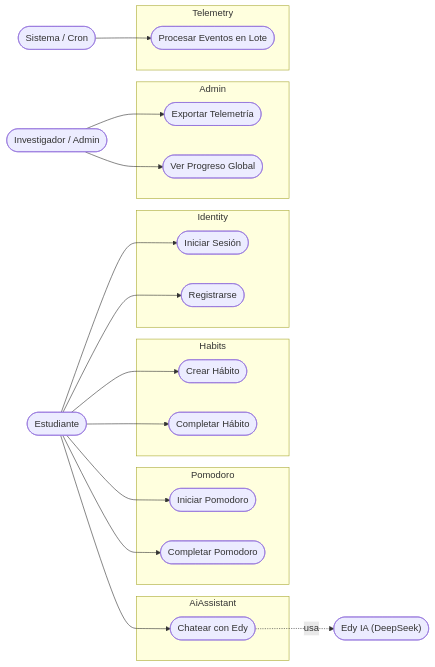
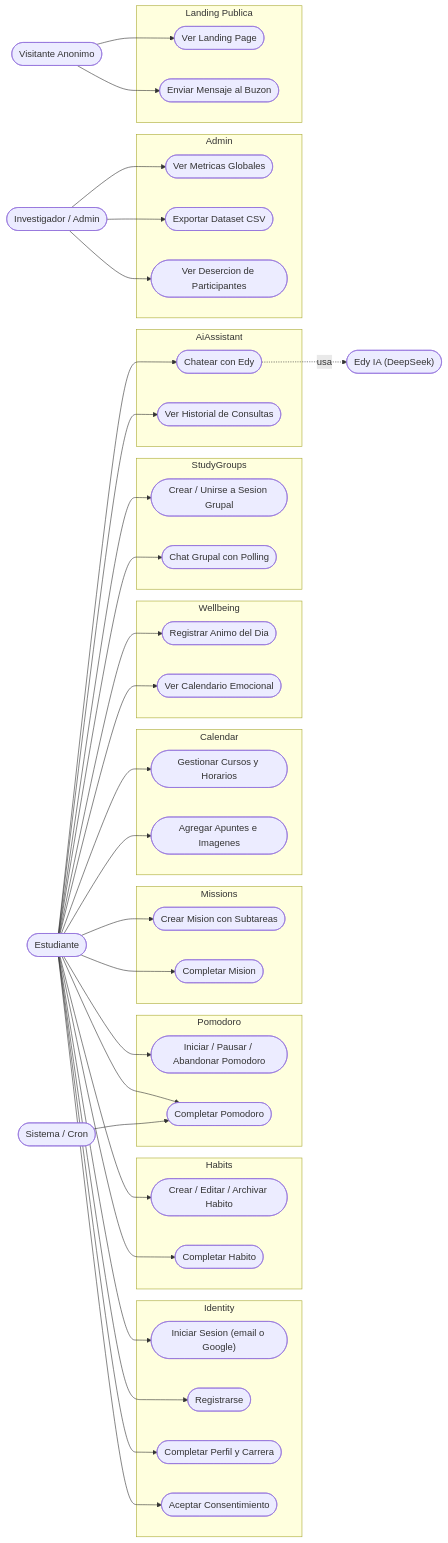
One commit to Chester0802/EpycusApp changed the fifth of 11 diagrams in docs/00-ARQUITECTURA.md. Above: the diagram before and after it, drawn with Mermaid. The commit also changed other lines of this file and 101 other files, not shown here.

````diff
--- a/docs/00-ARQUITECTURA.md
+++ b/docs/00-ARQUITECTURA.md
@@ -686,44 +561,84 @@
     Admin(["Investigador / Admin"])
     Cron(["Sistema / Cron"])
     IA(["Edy IA (DeepSeek)"])
+    Visitante(["Visitante Anonimo"])
 
     subgraph Identity
-        uc1([Iniciar Sesión])
-        uc2([Registrarse])
+        uc1(["Iniciar Sesion (email o Google)"])
+        uc2(["Registrarse"])
+        uc3(["Completar Perfil y Carrera"])
+        uc4(["Aceptar Consentimiento"])
     end
 
     subgraph Habits
-        uc3([Crear Hábito])
-        uc4([Completar Hábito])
+        uc5(["Crear / Editar / Archivar Habito"])
+        uc6(["Completar Habito"])
     end
-    
+
     subgraph Pomodoro
-        uc5([Iniciar Pomodoro])
-        uc6([Completar Pomodoro])
+        uc7(["Iniciar / Pausar / Abandonar Pomodoro"])
+        uc8(["Completar Pomodoro"])
+    end
+
+    subgraph Missions
+        uc9(["Crear Mision con Subtareas"])
+        uc10(["Completar Mision"])
+    end
+
+    subgraph Calendar_Mod["Calendar"]
+        uc11(["Gestionar Cursos y Horarios"])
+        uc12(["Agregar Apuntes e Imagenes"])
+    end
+
+    subgraph Wellbeing
+        uc13(["Registrar Animo del Dia"])
+        uc14(["Ver Calendario Emocional"])
+    end
+
+    subgraph StudyGroups
+        uc15(["Crear / Unirse a Sesion Grupal"])
+        uc16(["Chat Grupal con Polling"])
+    end
+
+    subgraph AiAssistant_Mod["AiAssistant"]
+        uc17(["Chatear con Edy"])
+        uc18(["Ver Historial de Consultas"])
     end
 
     subgraph Admin_Module["Admin"]
-        uc7([Exportar Telemetría])
-        uc8([Ver Progreso Global])
+        uc19(["Ver Metricas Globales"])
+        uc20(["Exportar Dataset CSV"])
+        uc21(["Ver Desercion de Participantes"])
     end
 
-    subgraph Telemetry
-        uc10([Procesar Eventos en Lote])
+    subgraph Landing["Landing Publica"]
+        uc22(["Ver Landing Page"])
+        uc23(["Enviar Mensaje al Buzon"])
     end
 
-    subgraph AiAssistant
-        uc9([Chatear con Edy])
-    end
-
+    Visitante --> uc22
+    Visitante --> uc23
     Estudiante --> uc1
     Estudiante --> uc2
     Estudiante --> uc3
     Estudiante --> uc4
     Estudiante --> uc5
     Estudiante --> uc6
+    Estudiante --> uc7
+    Estudiante --> uc8
     Estudiante --> uc9
-    Admin --> uc7
-    Admin --> uc8
-    Cron --> uc10
-    uc9 -. usa .-> IA
+    Estudiante --> uc10
+    Estudiante --> uc11
+    Estudiante --> uc12
+    Estudiante --> uc13
+    Estudiante --> uc14
+    Estudiante --> uc15
+    Estudiante --> uc16
+    Estudiante --> uc17
+    Estudiante --> uc18
+    Admin --> uc19
+    Admin --> uc20
+    Admin --> uc21
+    Cron --> uc8
+    uc17 -. usa .-> IA
 ```
````
